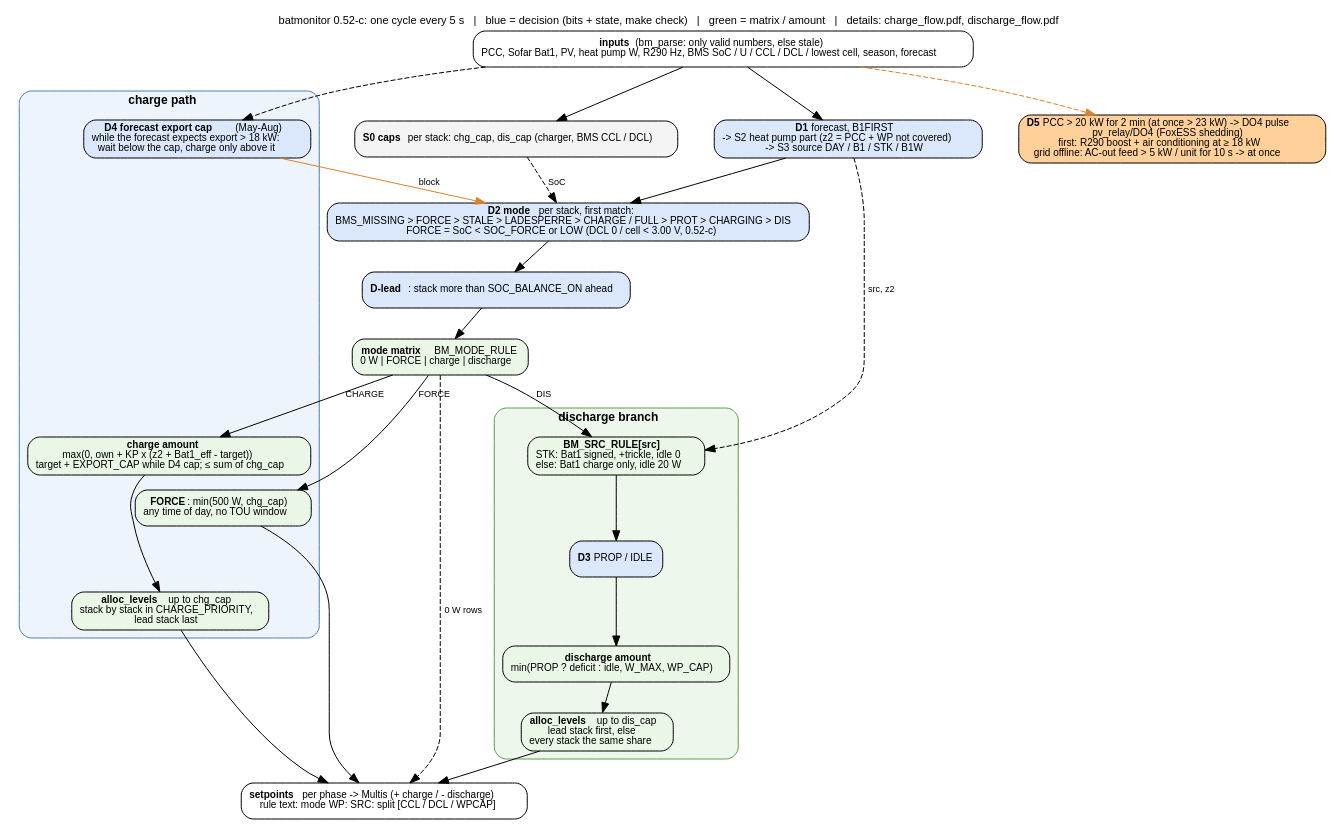
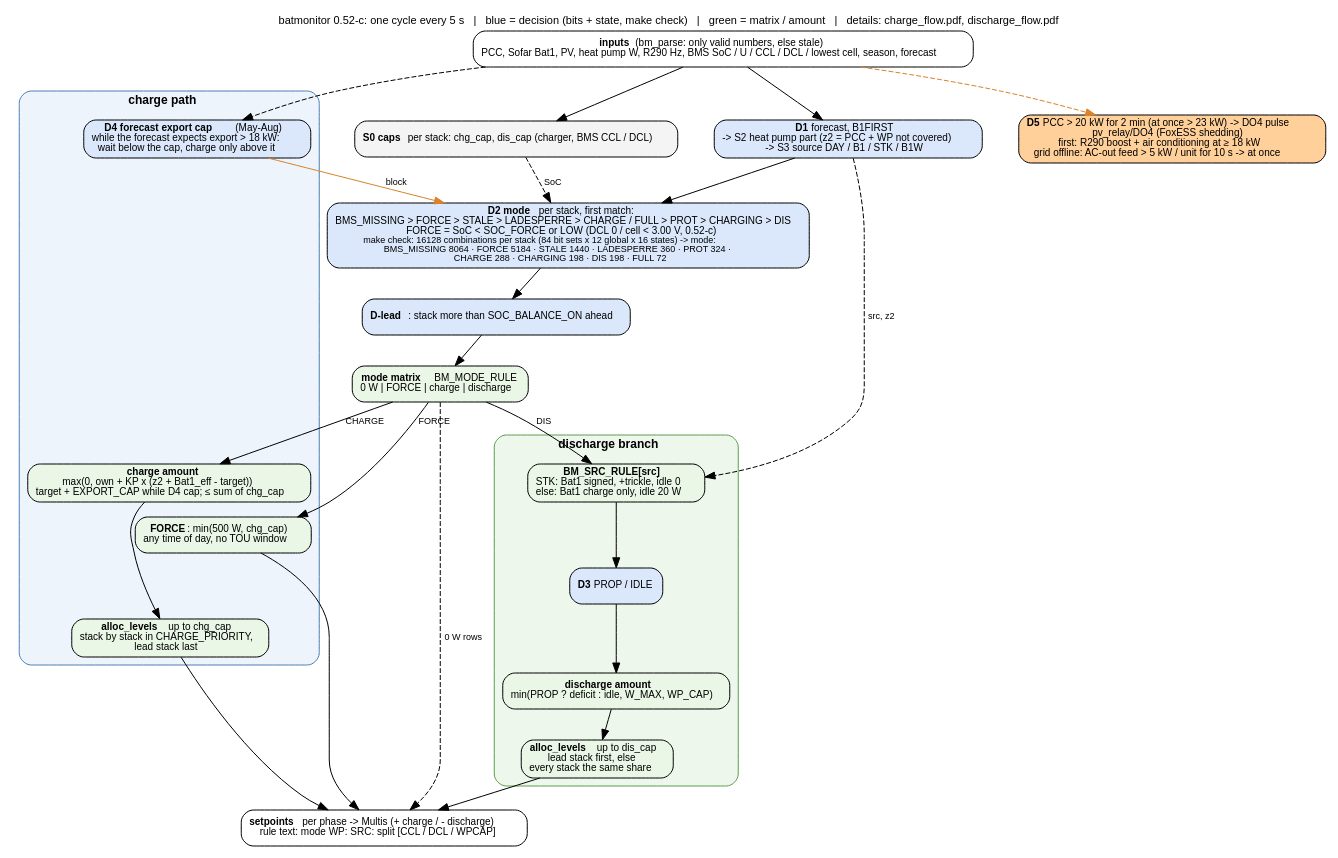
One commit to gerontec/victron changed the diagram in docs/control_flow.dot. Above: the diagram before and after it, drawn with Graphviz. The commit also changed 8 other files, not shown here.

Commit message:
docs: D2 boxes of the three flow charts labelled with the make check counts per stack (16128 -> nine modes)

```diff
--- a/docs/control_flow.dot
+++ b/docs/control_flow.dot
@@ -1,54 +1,54 @@
 // batmonitor 0.49-c: overview of one cycle - a common trunk, then one charge path and one discharge branch.
 // Details: charge_flow.pdf (charge path, peak window) and discharge_flow.pdf (discharge matrix, CBMC coverage).
 // render: dot -Tpdf control_flow.dot -o control_flow.pdf   (or -Tpng)
 digraph control {
 	graph [rankdir=TB, fontname="Helvetica", fontsize=11, nodesep=0.5, ranksep=0.4, newrank=true,
 		   label="batmonitor 0.52-c: one cycle every 5 s   |   blue = decision (bits + state, make check)   |   green = matrix / amount   |   details: charge_flow.pdf, discharge_flow.pdf",
 		   labelloc=t];
 	node [shape=box, style="rounded,filled", fillcolor="#f4f4f4", fontname="Helvetica", fontsize=10];
 	edge [fontname="Helvetica", fontsize=9];
 
 	in [label=<<b>inputs</b> (bm_parse: only valid numbers, else stale)<br/>PCC, Sofar Bat1, PV, heat pump W, R290 Hz, BMS SoC / U / CCL / DCL / lowest cell, season, forecast>, fillcolor="#ffffff"];
 	d1 [label=<<b>D1</b> forecast, B1FIRST<br/>-&gt; S2 heat pump part (z2 = PCC + WP not covered)<br/>-&gt; S3 source DAY / B1 / STK / B1W>, fillcolor="#dbe8fb"];
 	gates [label=<<b>S0 caps</b> per stack: chg_cap, dis_cap (charger, BMS CCL / DCL)>];
-	d2 [label=<<b>D2 mode</b> per stack, first match:<br/>BMS_MISSING &gt; FORCE &gt; STALE &gt; LADESPERRE &gt; CHARGE / FULL &gt; PROT &gt; CHARGING &gt; DIS<br/>FORCE = SoC &lt; SOC_FORCE or LOW (DCL 0 / cell &lt; 3.00 V, 0.52-c)>, fillcolor="#dbe8fb"];
+	d2 [label=<<b>D2 mode</b> per stack, first match:<br/>BMS_MISSING &gt; FORCE &gt; STALE &gt; LADESPERRE &gt; CHARGE / FULL &gt; PROT &gt; CHARGING &gt; DIS<br/>FORCE = SoC &lt; SOC_FORCE or LOW (DCL 0 / cell &lt; 3.00 V, 0.52-c)<br/><font point-size="9">make check: 16128 combinations per stack (84 bit sets x 12 global x 16 states) -&gt; mode:<br/>BMS_MISSING 8064 · FORCE 5184 · STALE 1440 · LADESPERRE 360 · PROT 324 ·<br/>CHARGE 288 · CHARGING 198 · DIS 198 · FULL 72</font>>, fillcolor="#dbe8fb"];
 	lead [label=<<b>D-lead</b>: stack more than SOC_BALANCE_ON ahead>, fillcolor="#dbe8fb"];
 	mode [label=<<b>mode matrix</b> BM_MODE_RULE<br/>0 W | FORCE | charge | discharge>, fillcolor="#eaf6e6", shape=box];
 
 	subgraph cluster_charge {
 		label=<<b>charge path</b>>; style="rounded,filled"; fillcolor="#eef4fb"; color="#4a7fb5"; fontsize=12;
 		d4 [label=<<b>D4 forecast export cap</b> (May-Aug)<br/>while the forecast expects export &gt; 18 kW:<br/>wait below the cap, charge only above it>, fillcolor="#dbe8fb"];
 		cforce [label=<<b>FORCE</b>: min(500 W, chg_cap)<br/>any time of day, no TOU window>, fillcolor="#eaf6e6"];
 		camount [label=<<b>charge amount</b><br/>max(0, own + KP x (z2 + Bat1_eff - target))<br/>target + EXPORT_CAP while D4 cap; &le; sum of chg_cap>, fillcolor="#eaf6e6"];
 		csplit [label=<<b>alloc_levels</b> up to chg_cap<br/>stack by stack in CHARGE_PRIORITY,<br/>lead stack last>, fillcolor="#eaf6e6"];
 		camount -> csplit;
 	}
 
 	subgraph cluster_dis {
 		label=<<b>discharge branch</b>>; style="rounded,filled"; fillcolor="#eef7ec"; color="#5a9e4b"; fontsize=12;
 		src [label=<<b>BM_SRC_RULE[src]</b><br/>STK: Bat1 signed, +trickle, idle 0<br/>else: Bat1 charge only, idle 20 W>, fillcolor="#eaf6e6"];
 		d3 [label=<<b>D3</b> PROP / IDLE>, fillcolor="#dbe8fb"];
 		damount [label=<<b>discharge amount</b><br/>min(PROP ? deficit : idle, W_MAX, WP_CAP)>, fillcolor="#eaf6e6"];
 		dsplit [label=<<b>alloc_levels</b> up to dis_cap<br/>lead stack first, else<br/>every stack the same share>, fillcolor="#eaf6e6"];
 		src -> d3 -> damount -> dsplit;
 	}
 
 	d5 [label=<<b>D5</b> PCC &gt; 20 kW for 2 min (at once &gt; 23 kW) -&gt; DO4 pulse<br/>pv_relay/DO4 (FoxESS shedding)<br/>first: R290 boost + air conditioning at &ge; 18 kW<br/>grid offline: AC-out feed &gt; 5 kW / unit for 10 s -&gt; at once>, fillcolor="#ffd09a"];
 	out [label=<<b>setpoints</b> per phase -&gt; Multis (+ charge / - discharge)<br/>rule text: mode WP: SRC: split [CCL / DCL / WPCAP]>, fillcolor="#ffffff"];
 
 	in -> d1 -> d2;
 	in -> gates;
 	gates -> d2 [style=dashed, label=" SoC"];
 	d2 -> lead -> mode;
 	mode -> cforce [label=" FORCE"];
 	mode -> camount [label=" CHARGE"];
 	mode -> src [label=" DIS"];
 	mode -> out [label=" 0 W rows", style=dashed];
 	d4 -> d2 [color="#d9822b", label=" block"];
 	in -> d4 [style=dashed];
 	in -> d5 [style=dashed, color="#d9822b"];
 	d1 -> src [style=dashed, label=" src, z2"];
 	cforce -> out;
 	csplit -> out;
 	dsplit -> out;
 }
```
